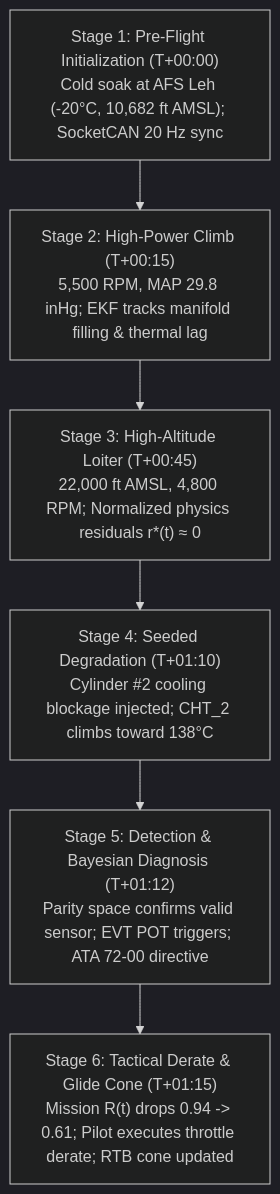
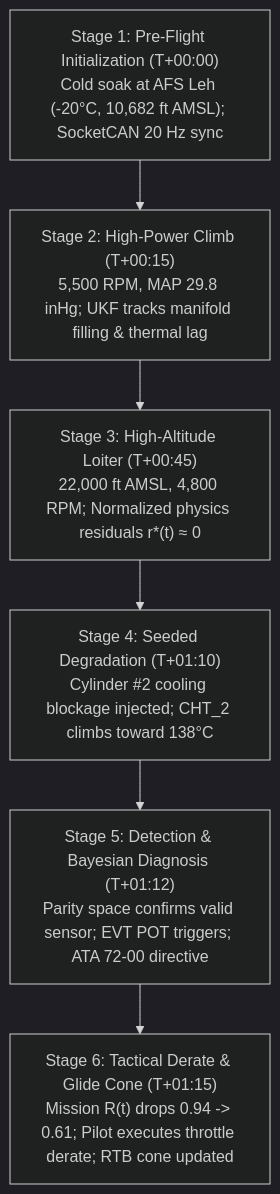
The diagram in docs_site/technical/22-end-to-end-demonstration.md (Aayush-Deshpande/Maverick), drawn with Mermaid (dark theme) before and after one commit. The commit also changed other lines of this file and 9 other files, not shown here.

Commit message:
DOC-05: de-slop and synchronize technical documentation with real 20 Hz multi-physics UKF, SAE J1939 CAN bus, and 3D viewport architecture

````diff
--- a/docs_site/technical/22-end-to-end-demonstration.md
+++ b/docs_site/technical/22-end-to-end-demonstration.md
@@ -11,8 +11,8 @@
 ```mermaid
 flowchart TB
-    T1["Stage 1: Pre-Flight Initialization (T+00:00)<br/>Cold soak at AFS Leh (-20°C, 10,682 ft AMSL); SocketCAN 20 Hz sync"] --> T2["Stage 2: High-Power Climb (T+00:15)<br/>5,500 RPM, MAP 29.8 inHg; EKF tracks manifold filling & thermal lag"]
+    T1["Stage 1: Pre-Flight Initialization (T+00:00)<br/>Cold soak at AFS Leh (-20°C, 10,682 ft AMSL); SocketCAN 20 Hz sync"] --> T2["Stage 2: High-Power Climb (T+00:15)<br/>5,500 RPM, MAP 29.8 inHg; UKF tracks manifold filling & thermal lag"]
     T2 --> T3["Stage 3: High-Altitude Loiter (T+00:45)<br/>22,000 ft AMSL, 4,800 RPM; Normalized physics residuals r*(t) ≈ 0"]
     T3 --> T4["Stage 4: Seeded Degradation (T+01:10)<br/>Cylinder #2 cooling blockage injected; CHT_2 climbs toward 138°C"]
     T4 --> T5["Stage 5: Detection & Bayesian Diagnosis (T+01:12)<br/>Parity space confirms valid sensor; EVT POT triggers; ATA 72-00 directive"]
     T5 --> T6["Stage 6: Tactical Derate & Glide Cone (T+01:15)<br/>Mission R(t) drops 0.94 -> 0.61; Pilot executes throttle derate; RTB cone updated"]
 ```
````
